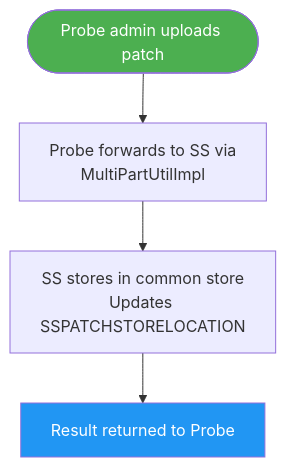
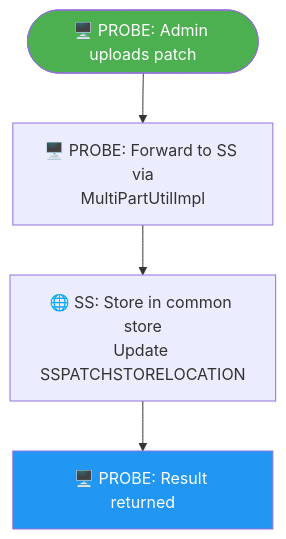
Diagram 17 of 29 in use-case-diagrams.md (ranjithkumar-a-23525/RebaseEx), drawn with Mermaid before and after one commit. The commit also changed other lines of this file, not shown here.

````diff
--- a/use-case-diagrams.md
+++ b/use-case-diagrams.md
@@ -323,9 +323,9 @@
 ```mermaid
 flowchart TD
-    A([Probe admin uploads patch]) --> B[Probe forwards to SS via<br/>MultiPartUtilImpl]
-    B --> C[SS stores in common store<br/>Updates SSPATCHSTORELOCATION]
-    C --> D[Result returned to Probe]
+    A(["🖥️ PROBE: Admin uploads patch"]) --> B["🖥️ PROBE: Forward to SS via<br/>MultiPartUtilImpl"]
+    B --> C["🌐 SS: Store in common store<br/>Update SSPATCHSTORELOCATION"]
+    C --> D["🖥️ PROBE: Result returned"]
 
     style A fill:#4CAF50,color:#fff
     style D fill:#2196F3,color:#fff
 ```
````
